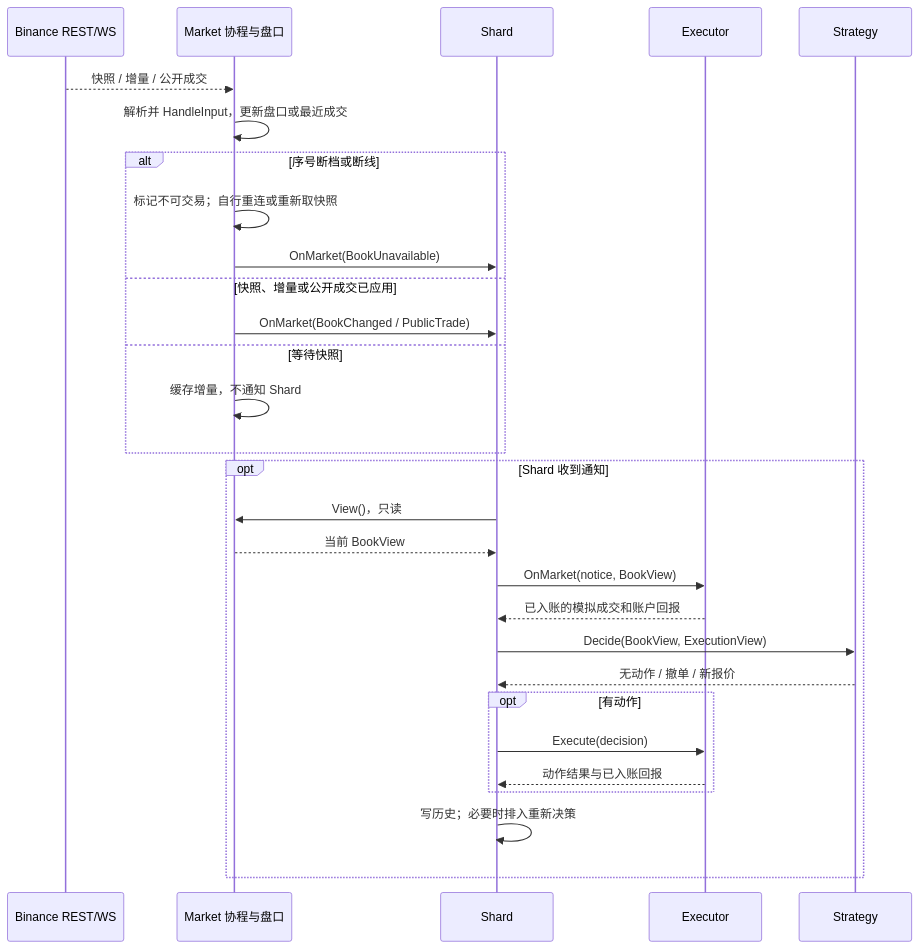
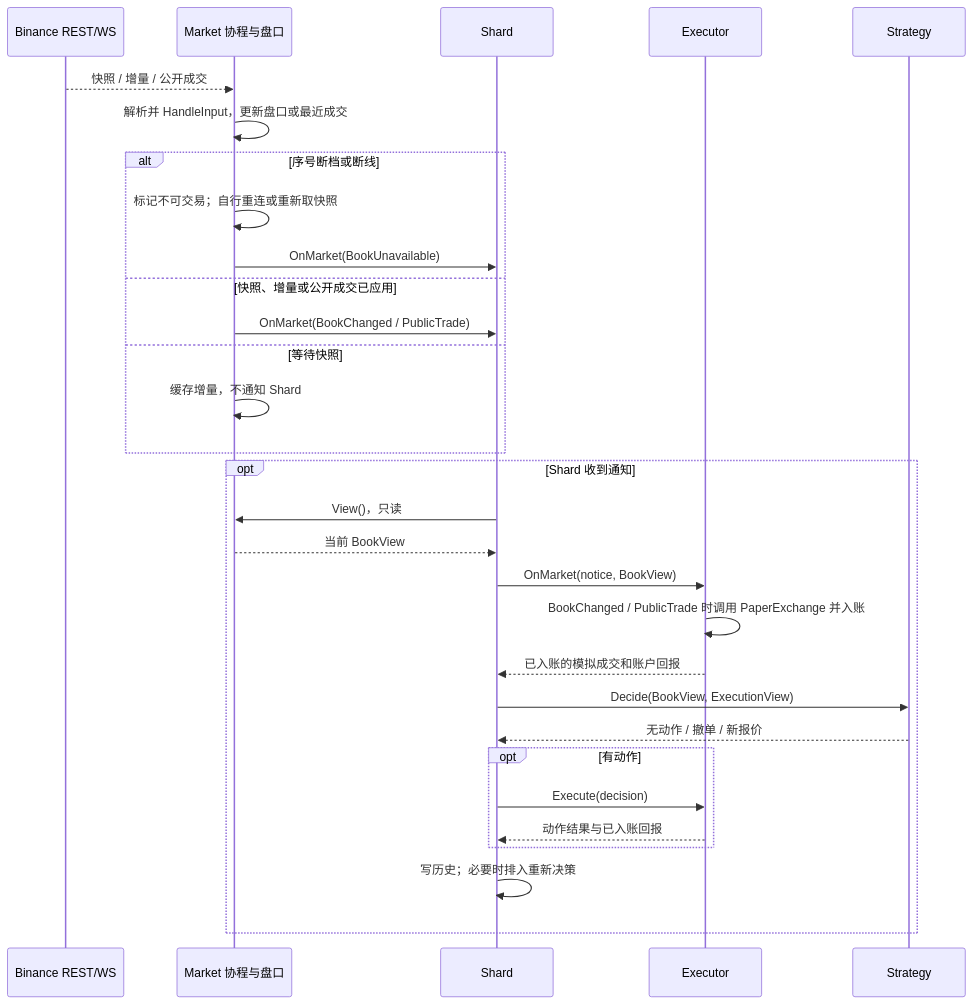
Before and after one commit to larrystd/hbot-quant: the second of 6 diagrams in docs/DESIGN.md, drawn with Mermaid. The commit also changed other lines of this file, not shown here.

Commit message:
Show PaperExchange consistently inside Executor

```diff
--- a/docs/DESIGN.md
+++ b/docs/DESIGN.md
@@ -169,31 +179,32 @@
 ~~~mermaid
 sequenceDiagram
     participant B as Binance REST/WS
     participant M as Market 协程与盘口
     participant S as Shard
     participant E as Executor
     participant P as Strategy
     B-->>M: 快照 / 增量 / 公开成交
     M->>M: 解析并 HandleInput，更新盘口或最近成交
     alt 序号断档或断线
         M->>M: 标记不可交易；自行重连或重新取快照
         M->>S: OnMarket(BookUnavailable)
     else 快照、增量或公开成交已应用
         M->>S: OnMarket(BookChanged / PublicTrade)
     else 等待快照
         M->>M: 缓存增量，不通知 Shard
     end
     opt Shard 收到通知
         S->>M: View()，只读
         M-->>S: 当前 BookView
         S->>E: OnMarket(notice, BookView)
+        E->>E: BookChanged / PublicTrade 时调用 PaperExchange 并入账
         E-->>S: 已入账的模拟成交和账户回报
         S->>P: Decide(BookView, ExecutionView)
         P-->>S: 无动作 / 撤单 / 新报价
         opt 有动作
             S->>E: Execute(decision)
             E-->>S: 动作结果与已入账回报
         end
         S->>S: 写历史；必要时排入重新决策
     end
 ~~~
```
